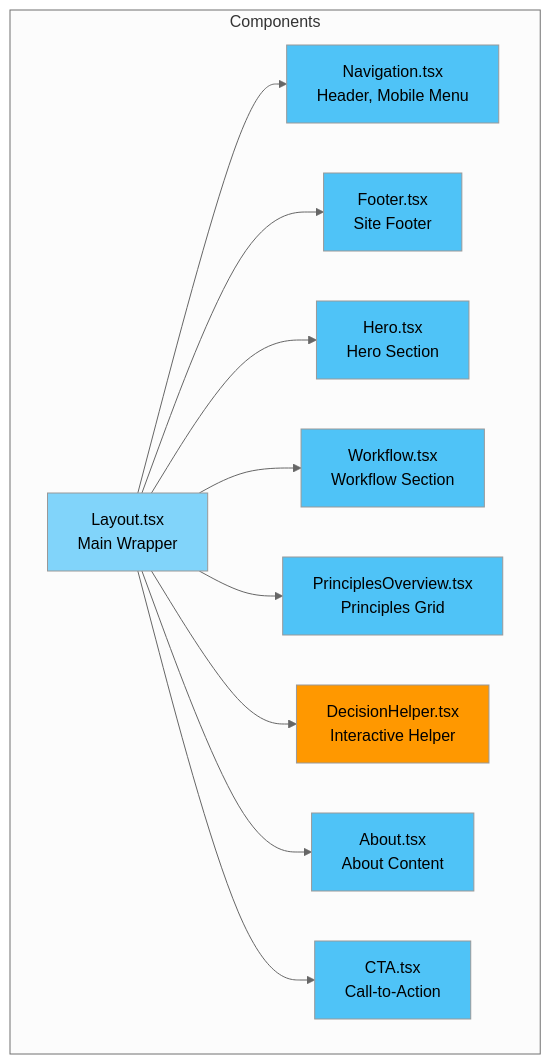
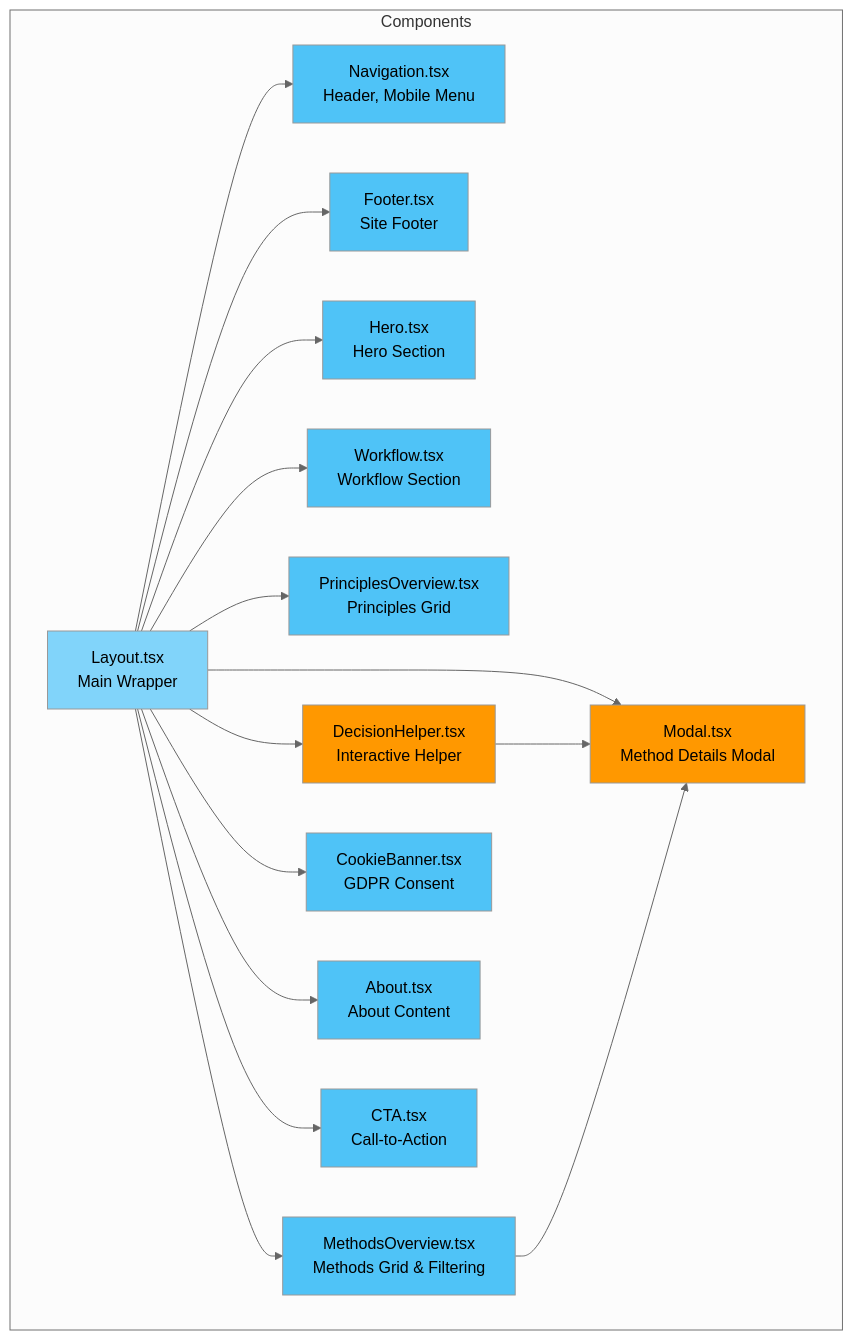
Before and after one commit to pfederi/pragmaticux: the fifth of 15 diagrams in docs/arc42.md, drawn with Mermaid (neutral theme). The commit also changed other lines of this file and 8 other files, not shown here.

First line of the commit message:
feat: Enhance Decision Helper and Methods Overview with new features and improvements

````diff
--- a/docs/arc42.md
+++ b/docs/arc42.md
@@ -212,33 +216,45 @@
 ```mermaid
 graph TB
     subgraph "Components"
         Layout[Layout.tsx<br/>Main Wrapper]
         Nav[Navigation.tsx<br/>Header, Mobile Menu]
         Footer[Footer.tsx<br/>Site Footer]
         Hero[Hero.tsx<br/>Hero Section]
         Workflow[Workflow.tsx<br/>Workflow Section]
         Principles[PrinciplesOverview.tsx<br/>Principles Grid]
+        Methods[MethodsOverview.tsx<br/>Methods Grid & Filtering]
         DecisionHelper[DecisionHelper.tsx<br/>Interactive Helper]
+        Modal[Modal.tsx<br/>Method Details Modal]
+        CookieBanner[CookieBanner.tsx<br/>GDPR Consent]
         About[About.tsx<br/>About Content]
         CTA[CTA.tsx<br/>Call-to-Action]
     end
-    
+
     Layout --> Nav
     Layout --> Footer
     Layout --> Hero
     Layout --> Workflow
     Layout --> Principles
+    Layout --> Methods
     Layout --> DecisionHelper
+    Layout --> Modal
+    Layout --> CookieBanner
     Layout --> About
     Layout --> CTA
-    
+
+    DecisionHelper --> Modal
+    Methods --> Modal
+
     style Layout fill:#81d4fa
     style Nav fill:#4fc3f7
     style Footer fill:#4fc3f7
     style Hero fill:#4fc3f7
     style Workflow fill:#4fc3f7
     style Principles fill:#4fc3f7
+    style Methods fill:#4fc3f7
     style DecisionHelper fill:#ff9800
+    style Modal fill:#ff9800
+    style CookieBanner fill:#4fc3f7
     style About fill:#4fc3f7
     style CTA fill:#4fc3f7
 ```
````
